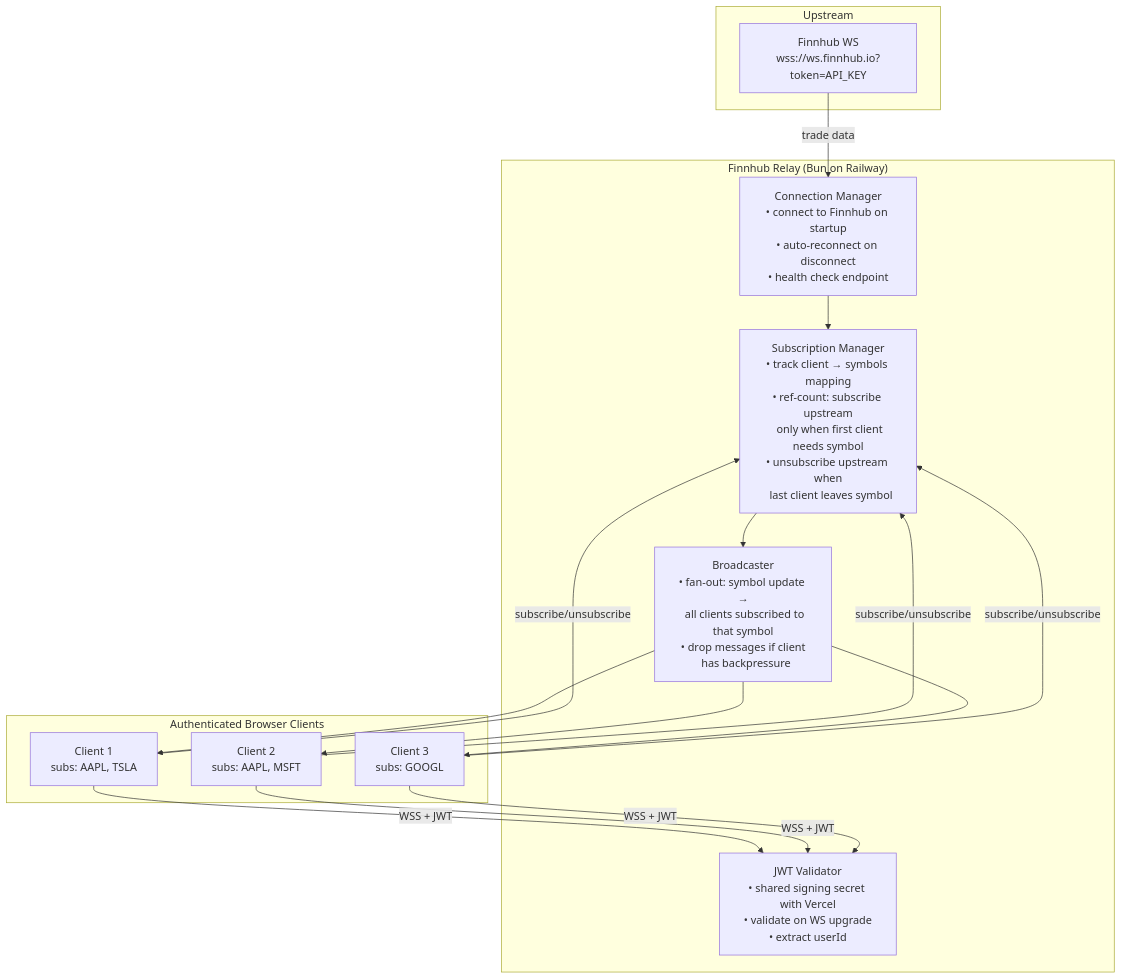
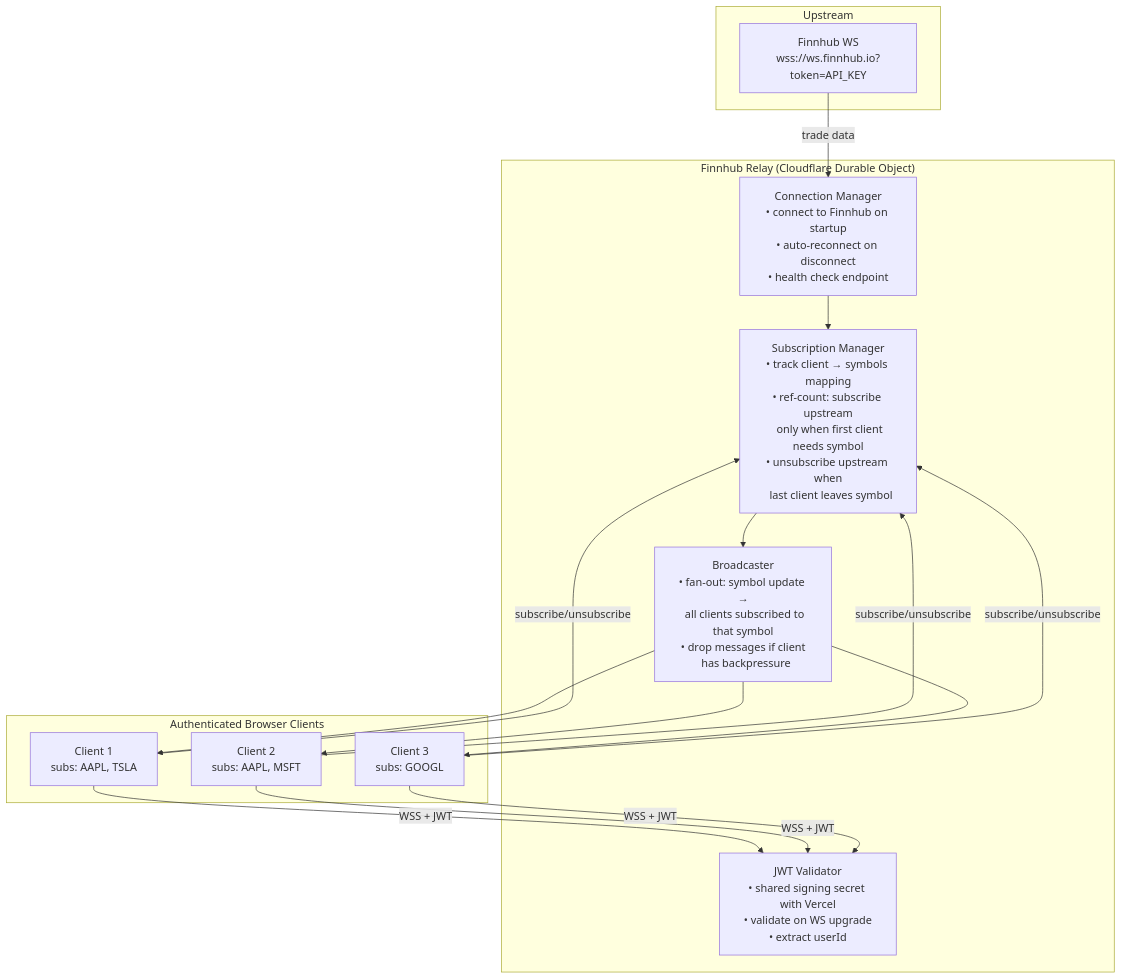
One commit to patrickmvla/owl changed the ninth of 14 diagrams in docs/adrs/002-system-architecture.md. Above: the diagram before and after it, drawn with Mermaid. The commit also changed other lines of this file and 1 other file, not shown here.

First line of the commit message:
docs: select Cloudflare Durable Objects for Finnhub relay

````diff
--- a/docs/adrs/002-system-architecture.md
+++ b/docs/adrs/002-system-architecture.md
@@ -454,34 +456,34 @@
 ```mermaid
 graph TB
     subgraph Upstream["Upstream"]
         FH["Finnhub WS<br/>wss://ws.finnhub.io?token=API_KEY"]
     end
 
-    subgraph Relay["Finnhub Relay (Bun on Railway)"]
+    subgraph Relay["Finnhub Relay (Cloudflare Durable Object)"]
         CM["Connection Manager<br/>• connect to Finnhub on startup<br/>• auto-reconnect on disconnect<br/>• health check endpoint"]
         SM["Subscription Manager<br/>• track client → symbols mapping<br/>• ref-count: subscribe upstream<br/>  only when first client needs symbol<br/>• unsubscribe upstream when<br/>  last client leaves symbol"]
         JWT["JWT Validator<br/>• shared signing secret with Vercel<br/>• validate on WS upgrade<br/>• extract userId"]
         BC["Broadcaster<br/>• fan-out: symbol update →<br/>  all clients subscribed to that symbol<br/>• drop messages if client<br/>  has backpressure"]
     end
 
     subgraph Clients["Authenticated Browser Clients"]
         C1["Client 1<br/>subs: AAPL, TSLA"]
         C2["Client 2<br/>subs: AAPL, MSFT"]
         C3["Client 3<br/>subs: GOOGL"]
     end
 
     FH -->|"trade data"| CM
     CM --> SM
     SM --> BC
     BC --> C1
     BC --> C2
     BC --> C3
 
     C1 -->|"WSS + JWT"| JWT
     C2 -->|"WSS + JWT"| JWT
     C3 -->|"WSS + JWT"| JWT
 
     C1 -->|"subscribe/unsubscribe"| SM
     C2 -->|"subscribe/unsubscribe"| SM
     C3 -->|"subscribe/unsubscribe"| SM
 ```
````
